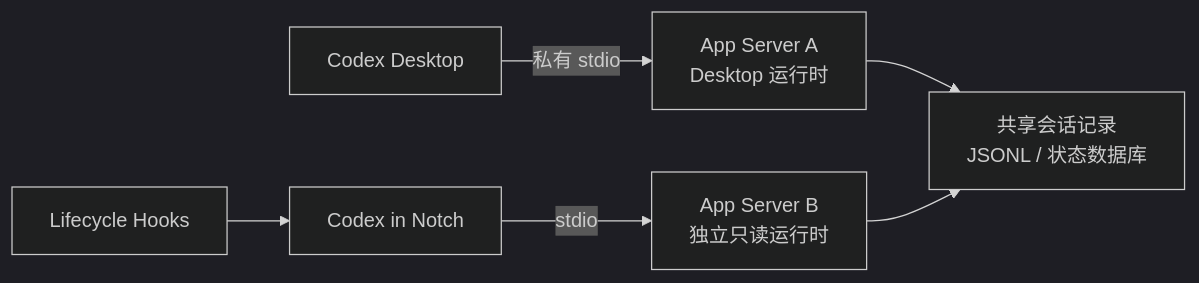
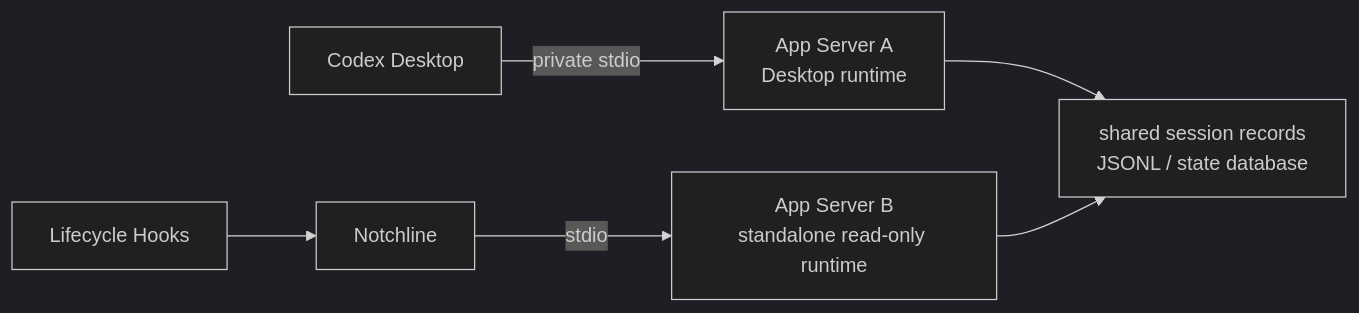
Before and after one commit to soondubu137/notchline: the first of 2 diagrams in docs/technical-explorations/shared-app-server/README.md, drawn with Mermaid (dark theme). The commit also changed other lines of this file and 3 other files, not shown here.

````diff
--- a/docs/technical-explorations/shared-app-server/README.md
+++ b/docs/technical-explorations/shared-app-server/README.md
@@ -38,8 +24,8 @@
 ```mermaid
 flowchart LR
-    Desktop["Codex Desktop"] -->|"私有 stdio"| DesktopServer["App Server A\nDesktop 运行时"]
-    Notch["Codex in Notch"] -->|"stdio"| NotchServer["App Server B\n独立只读运行时"]
-    DesktopServer --> Store["共享会话记录\nJSONL / 状态数据库"]
+    Desktop["Codex Desktop"] -->|"private stdio"| DesktopServer["App Server A\nDesktop runtime"]
+    Notch["Notchline"] -->|"stdio"| NotchServer["App Server B\nstandalone read-only runtime"]
+    DesktopServer --> Store["shared session records\nJSONL / state database"]
     NotchServer --> Store
     Hooks["Lifecycle Hooks"] --> Notch
 ```
````
